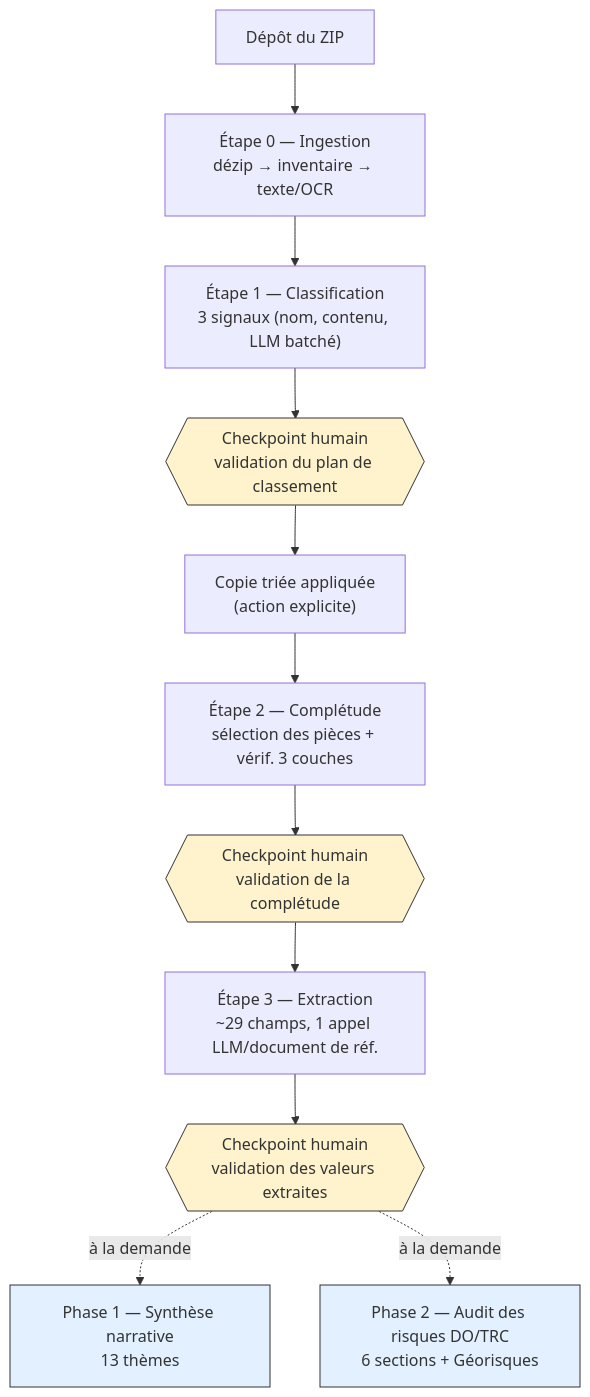
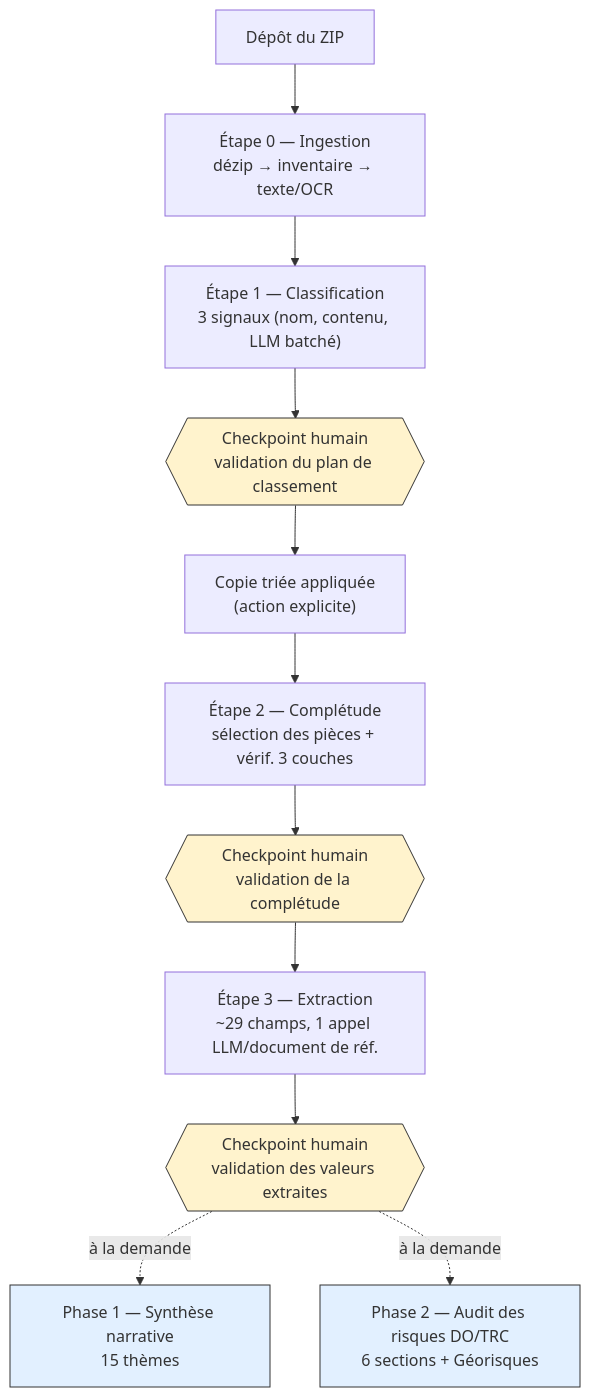
One commit to louisclzzzzzzz/AOP-app-v2 changed the third of 9 diagrams in docs/ARCHITECTURE.md. Above: the diagram before and after it, drawn with Mermaid. The commit also changed other lines of this file and 2 other files, not shown here.

First line of the commit message:
Met à jour ARCHITECTURE.md et PHASES_ANALYSE.md après la refonte des rapports

````diff
--- a/docs/ARCHITECTURE.md
+++ b/docs/ARCHITECTURE.md
@@ -181,19 +184,19 @@
 ```mermaid
 flowchart TD
     A[Dépôt du ZIP] --> B["Étape 0 — Ingestion<br/>dézip → inventaire → texte/OCR"]
     B --> C["Étape 1 — Classification<br/>3 signaux (nom, contenu, LLM batché)"]
     C --> D{{"Checkpoint humain<br/>validation du plan de classement"}}
     D --> E["Copie triée appliquée<br/>(action explicite)"]
     E --> F["Étape 2 — Complétude<br/>sélection des pièces + vérif. 3 couches"]
     F --> G{{"Checkpoint humain<br/>validation de la complétude"}}
     G --> H["Étape 3 — Extraction<br/>~29 champs, 1 appel LLM/document de réf."]
     H --> I{{"Checkpoint humain<br/>validation des valeurs extraites"}}
-    I -.à la demande.-> J["Phase 1 — Synthèse narrative<br/>13 thèmes"]
+    I -.à la demande.-> J["Phase 1 — Synthèse narrative<br/>15 thèmes"]
     I -.à la demande.-> K["Phase 2 — Audit des risques DO/TRC<br/>6 sections + Géorisques"]
 
     style D fill:#fff3cd,stroke:#333
     style G fill:#fff3cd,stroke:#333
     style I fill:#fff3cd,stroke:#333
     style J fill:#e2f0ff,stroke:#333
     style K fill:#e2f0ff,stroke:#333
 ```
````
